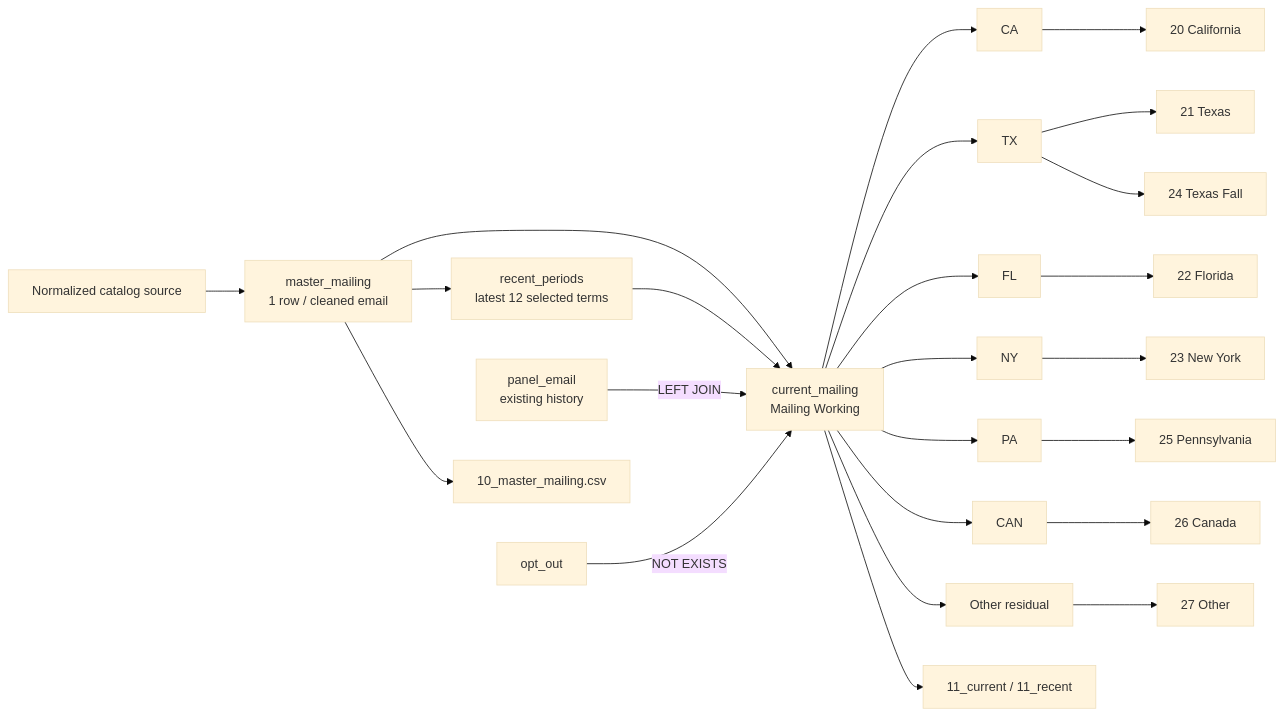
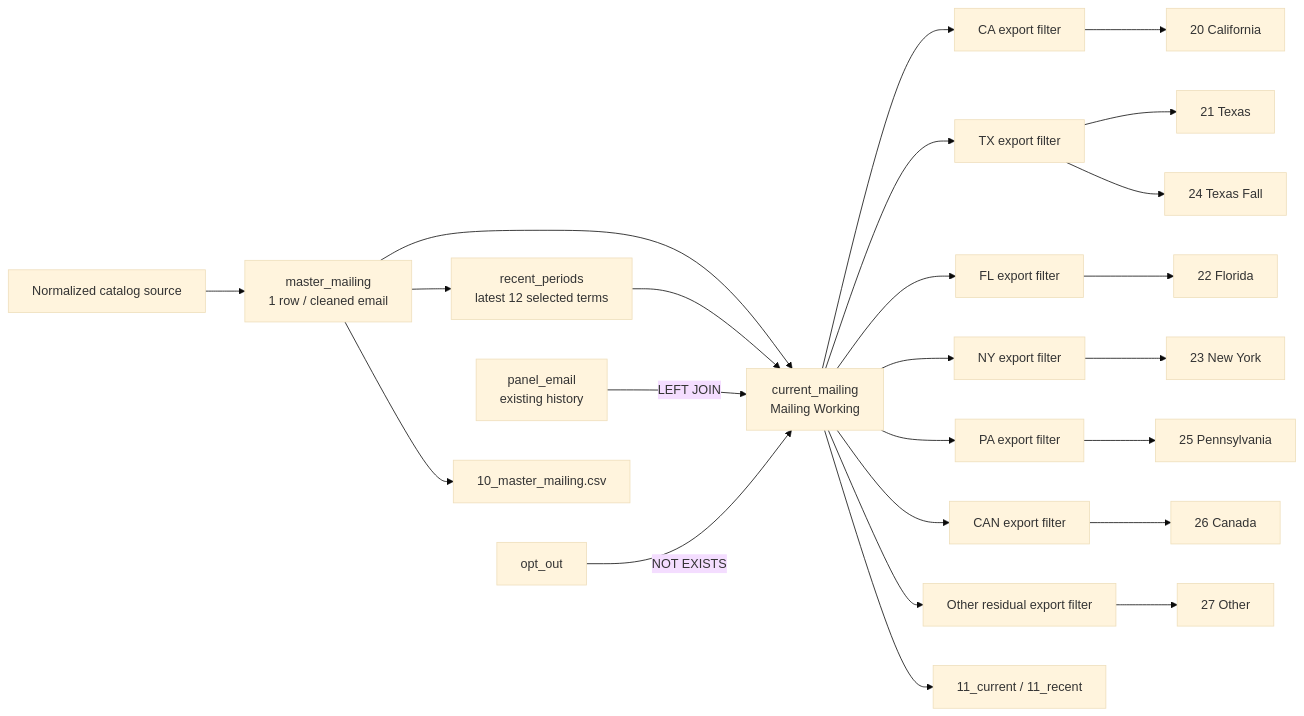
The diagram in MAILING-FLOW.md (christopherseaman/commodoreSQL), drawn with Mermaid (base theme) before and after one commit. The commit also changed other lines of this file and 39 other files, not shown here.

Commit message:
refactor: align database with current flow

````diff
--- a/MAILING-FLOW.md
+++ b/MAILING-FLOW.md
@@ -13,26 +13,26 @@
 ```mermaid
 flowchart LR
     S[Normalized catalog source] --> M[master_mailing<br/>1 row / cleaned email]
     M --> R[recent_periods<br/>latest 12 selected terms]
     M --> W[current_mailing<br/>Mailing Working]
     R --> W
     P[panel_email<br/>existing history] -->|LEFT JOIN| W
     O[opt_out] -->|NOT EXISTS| W
-    W --> CA[CA]
-    W --> TX[TX]
-    W --> FL[FL]
-    W --> NY[NY]
-    W --> PA[PA]
-    W --> CAN[CAN]
-    W --> OTHER[Other residual]
+    W --> CA[CA export filter]
+    W --> TX[TX export filter]
+    W --> FL[FL export filter]
+    W --> NY[NY export filter]
+    W --> PA[PA export filter]
+    W --> CAN[CAN export filter]
+    W --> OTHER[Other residual export filter]
     M --> E10[10_master_mailing.csv]
     W --> E11[11_current / 11_recent]
     CA --> E20[20 California]
     TX --> E21[21 Texas]
     TX --> E24[24 Texas Fall]
     FL --> E22[22 Florida]
     NY --> E23[23 New York]
     PA --> E25[25 Pennsylvania]
     CAN --> E26[26 Canada]
     OTHER --> E27[27 Other]
 ```
````
